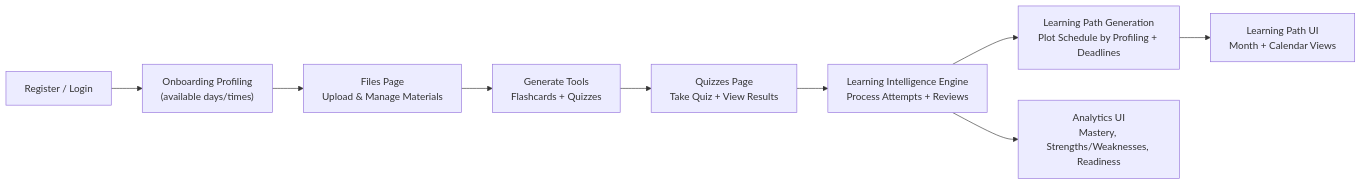
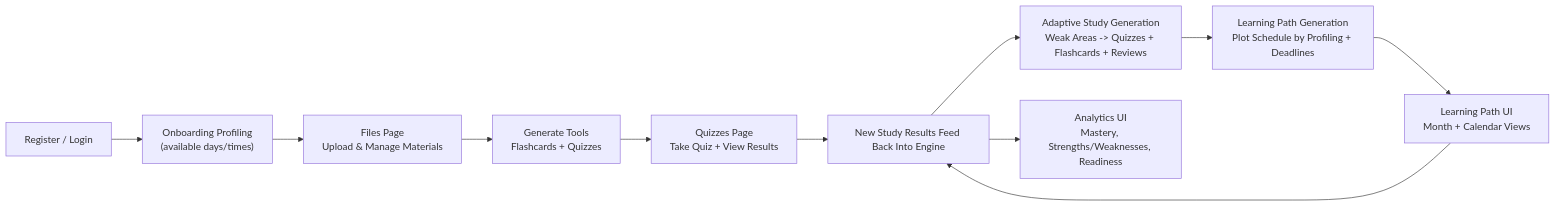
One commit to Jiin-dom/EduCoach changed the diagram in docs/workflow-guide/educoach-user-flow.md. Above: the diagram before and after it, drawn with Mermaid. The commit also changed other lines of this file and 3 other files, not shown here.

````diff
--- a/docs/workflow-guide/educoach-user-flow.md
+++ b/docs/workflow-guide/educoach-user-flow.md
@@ -113,11 +136,13 @@
 ```mermaid
 flowchart LR
   A["Register / Login"] --> B["Onboarding Profiling\n(available days/times)"]
   B --> C["Files Page\nUpload & Manage Materials"]
   C --> D["Generate Tools\nFlashcards + Quizzes"]
   D --> E["Quizzes Page\nTake Quiz + View Results"]
   E --> F["Learning Intelligence Engine\nProcess Attempts + Reviews"]
-  F --> G["Learning Path Generation\nPlot Schedule by Profiling + Deadlines"]
-  G --> H["Learning Path UI\nMonth + Calendar Views"]
-  F --> I["Analytics UI\nMastery, Strengths/Weaknesses, Readiness"]
+  F --> G["Adaptive Study Generation\nWeak Areas -> Quizzes + Flashcards + Reviews"]
+  G --> H["Learning Path Generation\nPlot Schedule by Profiling + Deadlines"]
+  H --> I["Learning Path UI\nMonth + Calendar Views"]
+  F --> J["Analytics UI\nMastery, Strengths/Weaknesses, Readiness"]
+  I --> F["New Study Results Feed Back Into Engine"]
 ```
````
